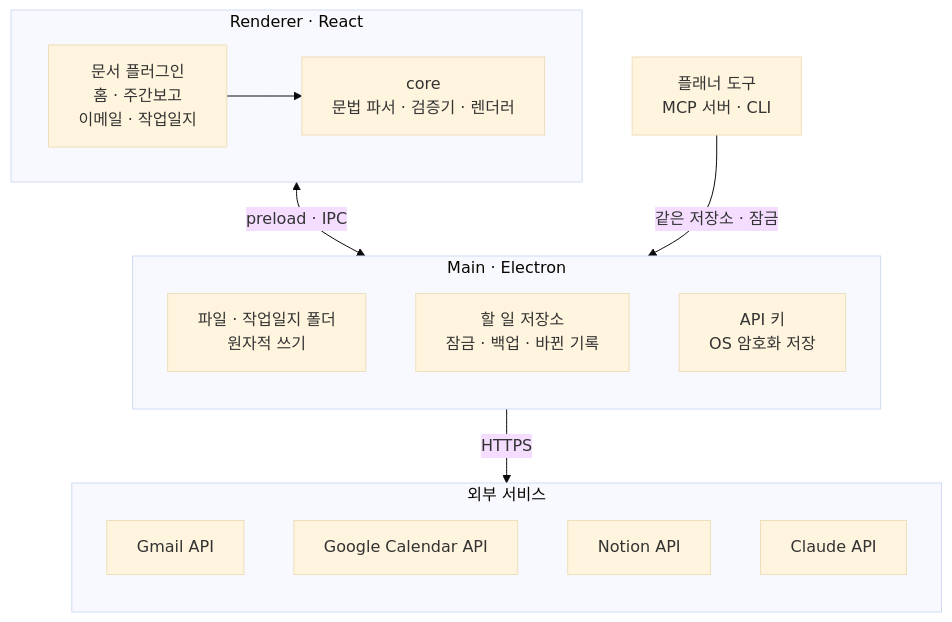
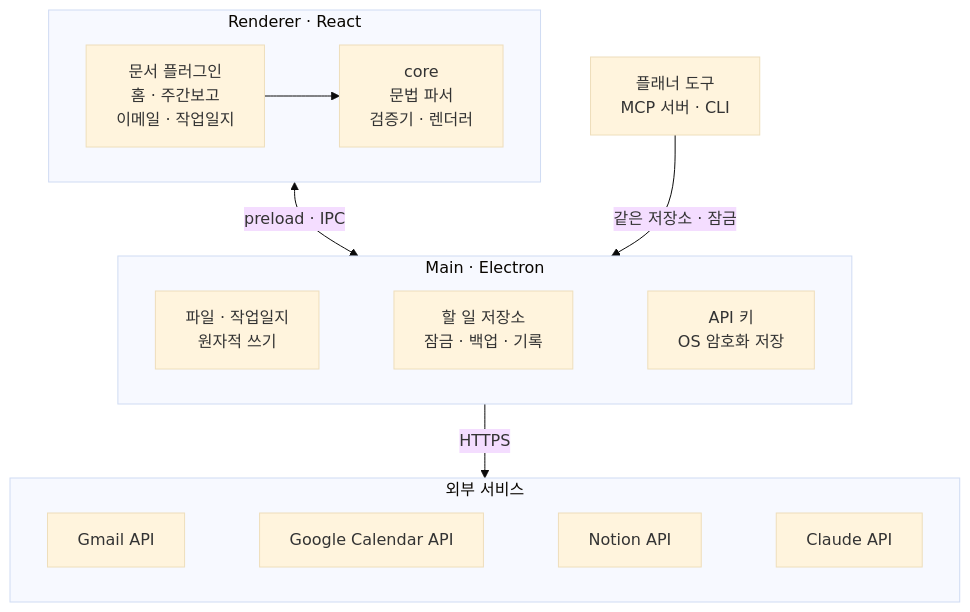
The diagram in README.md (coqute/template-builder), drawn with Mermaid (base theme) before and after one commit.

Commit message:
sync: 원본 v0.24.2 반영 (문서)
원본 작업 트리를 공개 규칙(제외·치환·걷어 내기)으로 거쳐 반영했다.
- 추가 0 · 수정 1 · 삭제 0 파일

````diff
--- a/README.md
+++ b/README.md
@@ -36,28 +36,23 @@
 ```mermaid
 flowchart TB
   subgraph R["Renderer · React"]
     direction LR
-    P["문서 플러그인<br/>홈 · 주간보고<br/>이메일 · 작업일지"] --> C["core<br/>문법 파서 · 검증기 · 렌더러"]
+    P["문서 플러그인<br/>홈 · 주간보고<br/>이메일 · 작업일지"] --> C["core<br/>문법 파서<br/>검증기 · 렌더러"]
   end
 
   subgraph M["Main · Electron"]
-    direction TB
-    F["파일 · 작업일지 폴더<br/>원자적 쓰기"]
-    S["할 일 저장소<br/>잠금 · 백업 · 바뀐 기록"]
-    K["API 키<br/>OS 암호화 저장"]
+    direction LR
+    F["파일 · 작업일지<br/>원자적 쓰기"] ~~~ S["할 일 저장소<br/>잠금 · 백업 · 기록"] ~~~ K["API 키<br/>OS 암호화 저장"]
   end
 
   subgraph E["외부 서비스"]
-    direction TB
-    G["Gmail API"]
-    GC["Google Calendar API"]
-    N["Notion API"]
-    A["Claude API"]
+    direction LR
+    G["Gmail API"] ~~~ GC["Google Calendar API"] ~~~ N["Notion API"] ~~~ A["Claude API"]
   end
 
   T["플래너 도구<br/>MCP 서버 · CLI"]
 
   R <-->|"preload · IPC"| M
   M -->|"HTTPS"| E
   T -->|"같은 저장소 · 잠금"| M
 ```
````
